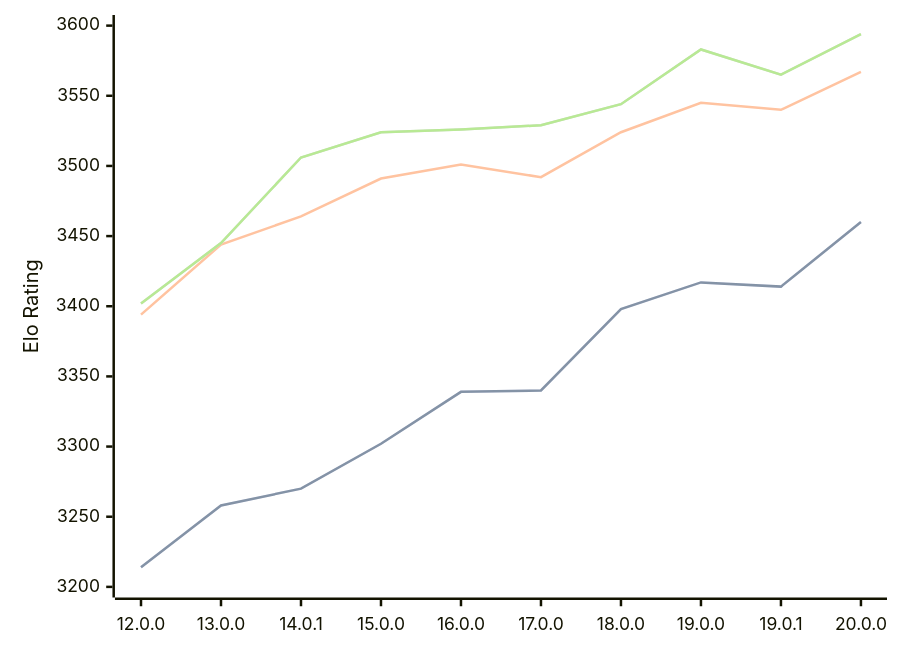
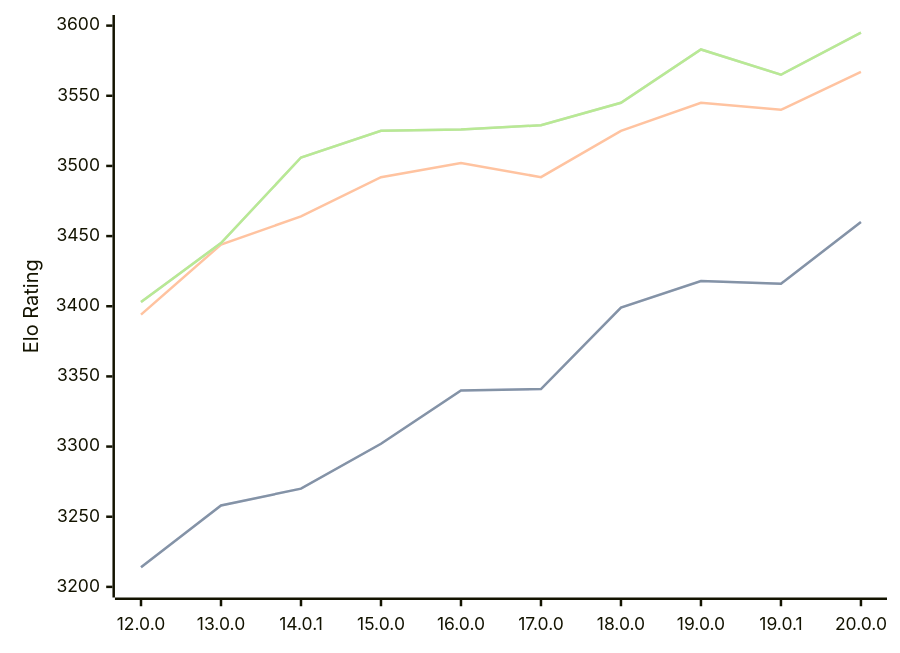
The diagram in engines/Viridithas.md (computer-chess-index/cci), drawn with Mermaid before and after one commit. The commit also changed other lines of this file, not shown here.

Commit message:
Update CCI Ratings (ELO VLTC) - 2026-10-08

````diff
--- a/engines/Viridithas.md
+++ b/engines/Viridithas.md
@@ -40,11 +40,11 @@
 ```mermaid
 %%{init: {"theme":"base","themeVariables":{"seriesColors:['#a3a3a3','#222221','#faa371']}}}%%
 xychart-beta
   x-axis ["12.0.0", "13.0.0", "14.0.1", "15.0.0", "16.0.0", "17.0.0", "18.0.0", "19.0.0", "19.0.1", "20.0.0"]
   y-axis "Elo Rating" 3200 --> 3600
-  line "" [3214, 3258, 3270, 3302, 3339, 3340, 3398, 3417, 3414, 3460]
-  line "STC (8.0+0.08s)" [3214, 3258, 3270, 3302, 3339, 3340, 3398, 3417, 3414, 3460]
-  line "LTC (60.0+0.60s)" [3394, 3444, 3464, 3491, 3501, 3492, 3524, 3545, 3540, 3567]
-  line "" [3402, 3445, 3506, 3524, 3526, 3529, 3544, 3583, 3565, 3594]
-  line "VLTC (2m24s+1.12s)" [3402, 3445, 3506, 3524, 3526, 3529, 3544, 3583, 3565, 3594]
+  line "" [3214, 3258, 3270, 3302, 3340, 3341, 3399, 3418, 3416, 3460]
+  line "STC (8.0+0.08s)" [3214, 3258, 3270, 3302, 3340, 3341, 3399, 3418, 3416, 3460]
+  line "LTC (60.0+0.60s)" [3394, 3444, 3464, 3492, 3502, 3492, 3525, 3545, 3540, 3567]
+  line "" [3403, 3445, 3506, 3525, 3526, 3529, 3545, 3583, 3565, 3595]
+  line "VLTC (2m24s+1.12s)" [3403, 3445, 3506, 3525, 3526, 3529, 3545, 3583, 3565, 3595]
 ```
````
